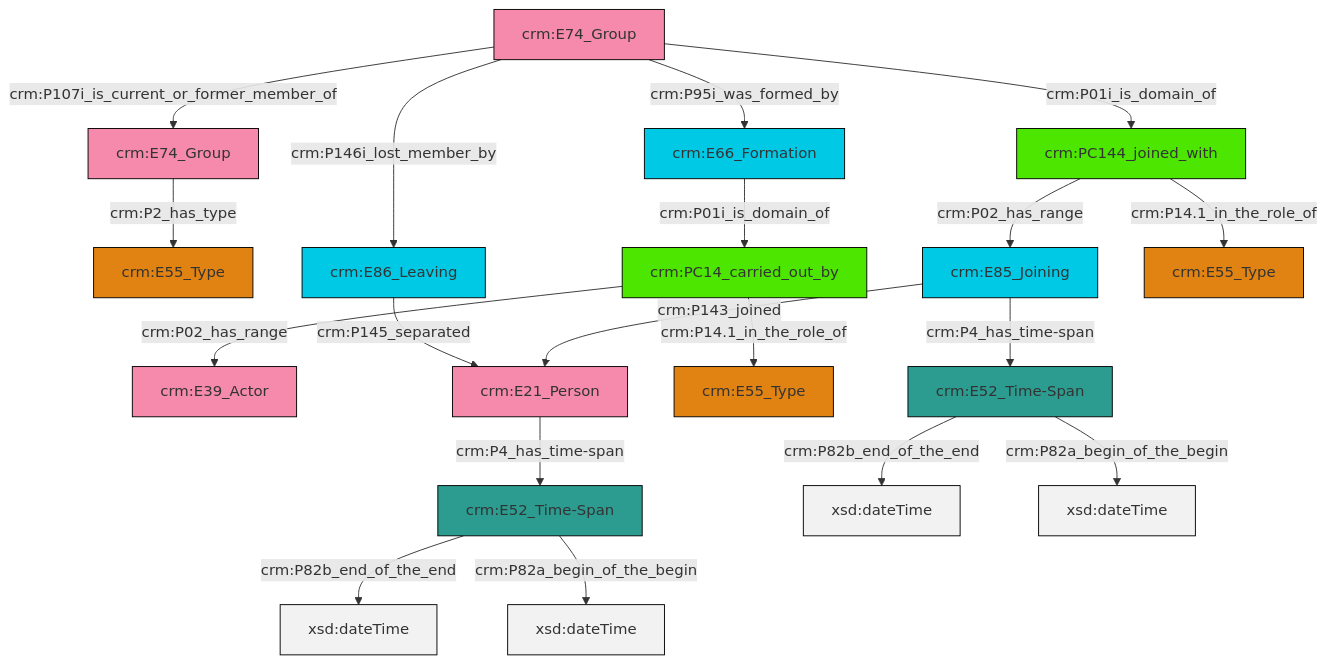
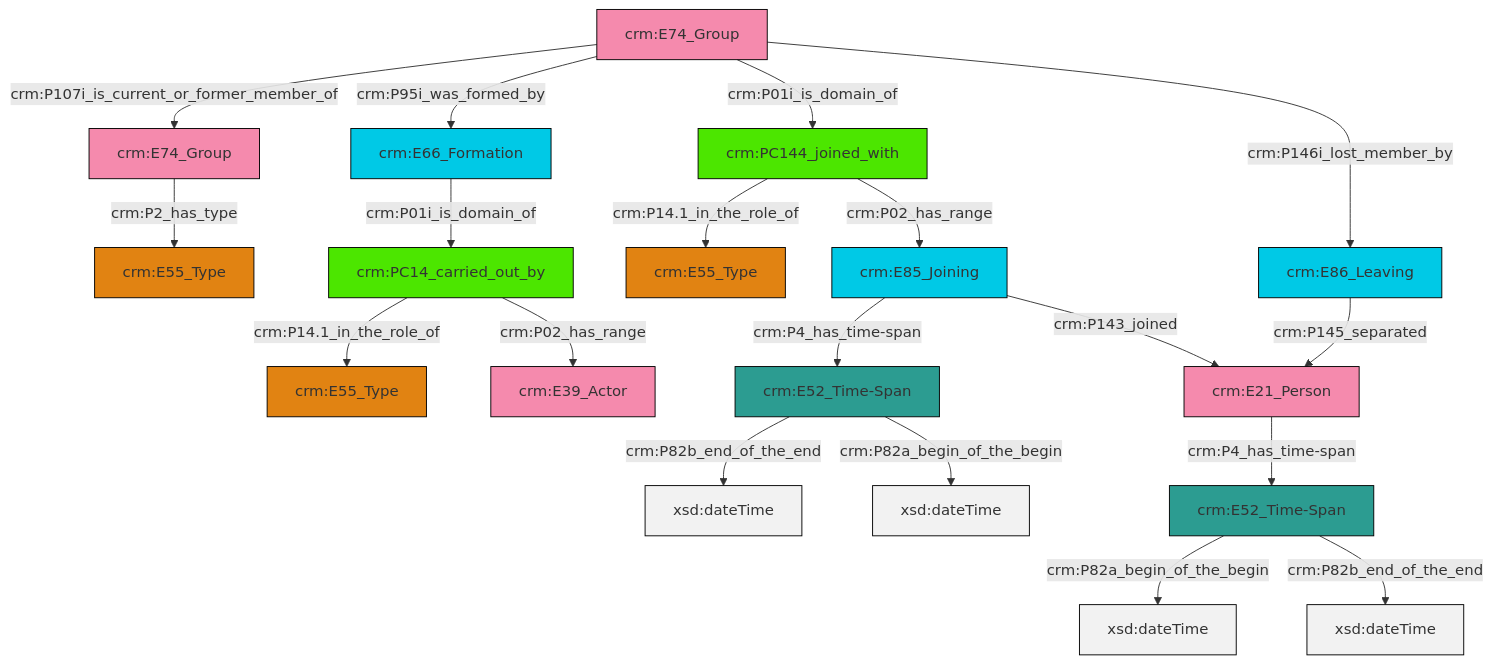
Before and after one commit to swiss-art-research-net/reference-data-models: the diagram in et/groupCSV/ttl/mmd/group_actor_relations.ttl.mmd, drawn with Mermaid. The commit also changed 128 other files, not shown here.

```diff
--- a/et/groupCSV/ttl/mmd/group_actor_relations.ttl.mmd
+++ b/et/groupCSV/ttl/mmd/group_actor_relations.ttl.mmd
@@ -1,33 +1,33 @@
 graph TD
 classDef Literal fill:#f2f2f2,stroke:#000000;
 classDef CRM_Entity fill:#FFFFFF,stroke:#000000;
 classDef Temporal_Entity fill:#00C9E6, stroke:#000000;
 classDef Type fill:#E18312, stroke:#000000;
 classDef Time-Span fill:#2C9C91, stroke:#000000;
 classDef Appellation fill:#FFEB7F, stroke:#000000;
 classDef Place fill:#008836, stroke:#000000;
 classDef Persistent_Item fill:#B266B2, stroke:#000000;
 classDef Conceptual_Object fill:#FFD700, stroke:#000000;
 classDef Physical_Thing fill:#D2B48C, stroke:#000000;
 classDef Actor fill:#f58aad, stroke:#000000;
 classDef PC_Classes fill:#4ce600, stroke:#000000;
 classDef Multi fill:#cccccc,stroke:#000000;
 
-12["crm:E74_Group"]:::Actor -->|crm:P146i_lost_member_by| 13["crm:E86_Leaving"]:::Temporal_Entity
-0["crm:PC144_joined_with"]:::PC_Classes -->|crm:P02_has_range| 6["crm:E85_Joining"]:::Temporal_Entity
-6["crm:E85_Joining"]:::Temporal_Entity -->|crm:P4_has_time-span| 10["crm:E52_Time-Span"]:::Time-Span
-17["crm:E52_Time-Span"]:::Time-Span -->|crm:P82b_end_of_the_end| 18[xsd:dateTime]:::Literal
-6["crm:E85_Joining"]:::Temporal_Entity -->|crm:P143_joined| 19["crm:E21_Person"]:::Actor
-10["crm:E52_Time-Span"]:::Time-Span -->|crm:P82b_end_of_the_end| 20[xsd:dateTime]:::Literal
-21["crm:PC14_carried_out_by"]:::PC_Classes -->|crm:P14.1_in_the_role_of| 14["crm:E55_Type"]:::Type
-0["crm:PC144_joined_with"]:::PC_Classes -->|crm:P14.1_in_the_role_of| 22["crm:E55_Type"]:::Type
-12["crm:E74_Group"]:::Actor -->|crm:P95i_was_formed_by| 23["crm:E66_Formation"]:::Temporal_Entity
-10["crm:E52_Time-Span"]:::Time-Span -->|crm:P82a_begin_of_the_begin| 24[xsd:dateTime]:::Literal
-19["crm:E21_Person"]:::Actor -->|crm:P4_has_time-span| 17["crm:E52_Time-Span"]:::Time-Span
-23["crm:E66_Formation"]:::Temporal_Entity -->|crm:P01i_is_domain_of| 21["crm:PC14_carried_out_by"]:::PC_Classes
-21["crm:PC14_carried_out_by"]:::PC_Classes -->|crm:P02_has_range| 4["crm:E39_Actor"]:::Actor
-17["crm:E52_Time-Span"]:::Time-Span -->|crm:P82a_begin_of_the_begin| 30[xsd:dateTime]:::Literal
-12["crm:E74_Group"]:::Actor -->|crm:P01i_is_domain_of| 0["crm:PC144_joined_with"]:::PC_Classes
-13["crm:E86_Leaving"]:::Temporal_Entity -->|crm:P145_separated| 19["crm:E21_Person"]:::Actor
-12["crm:E74_Group"]:::Actor -->|crm:P107i_is_current_or_former_member_of| 8["crm:E74_Group"]:::Actor
-8["crm:E74_Group"]:::Actor -->|crm:P2_has_type| 2["crm:E55_Type"]:::Type
+2["crm:E74_Group"]:::Actor -->|crm:P107i_is_current_or_former_member_of| 3["crm:E74_Group"]:::Actor
+6["crm:E86_Leaving"]:::Temporal_Entity -->|crm:P145_separated| 7["crm:E21_Person"]:::Actor
+2["crm:E74_Group"]:::Actor -->|crm:P95i_was_formed_by| 8["crm:E66_Formation"]:::Temporal_Entity
+11["crm:E52_Time-Span"]:::Time-Span -->|crm:P82a_begin_of_the_begin| 12[xsd:dateTime]:::Literal
+13["crm:PC144_joined_with"]:::PC_Classes -->|crm:P14.1_in_the_role_of| 14["crm:E55_Type"]:::Type
+13["crm:PC144_joined_with"]:::PC_Classes -->|crm:P02_has_range| 15["crm:E85_Joining"]:::Temporal_Entity
+15["crm:E85_Joining"]:::Temporal_Entity -->|crm:P4_has_time-span| 0["crm:E52_Time-Span"]:::Time-Span
+2["crm:E74_Group"]:::Actor -->|crm:P01i_is_domain_of| 13["crm:PC144_joined_with"]:::PC_Classes
+8["crm:E66_Formation"]:::Temporal_Entity -->|crm:P01i_is_domain_of| 17["crm:PC14_carried_out_by"]:::PC_Classes
+2["crm:E74_Group"]:::Actor -->|crm:P146i_lost_member_by| 6["crm:E86_Leaving"]:::Temporal_Entity
+3["crm:E74_Group"]:::Actor -->|crm:P2_has_type| 9["crm:E55_Type"]:::Type
+0["crm:E52_Time-Span"]:::Time-Span -->|crm:P82b_end_of_the_end| 28[xsd:dateTime]:::Literal
+0["crm:E52_Time-Span"]:::Time-Span -->|crm:P82a_begin_of_the_begin| 31[xsd:dateTime]:::Literal
+7["crm:E21_Person"]:::Actor -->|crm:P4_has_time-span| 11["crm:E52_Time-Span"]:::Time-Span
+17["crm:PC14_carried_out_by"]:::PC_Classes -->|crm:P14.1_in_the_role_of| 4["crm:E55_Type"]:::Type
+17["crm:PC14_carried_out_by"]:::PC_Classes -->|crm:P02_has_range| 19["crm:E39_Actor"]:::Actor
+15["crm:E85_Joining"]:::Temporal_Entity -->|crm:P143_joined| 7["crm:E21_Person"]:::Actor
+11["crm:E52_Time-Span"]:::Time-Span -->|crm:P82b_end_of_the_end| 34[xsd:dateTime]:::Literal
```
